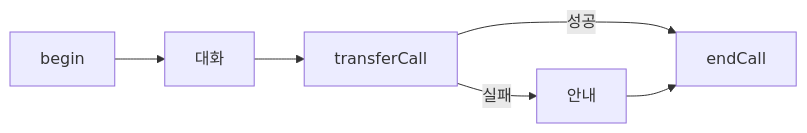
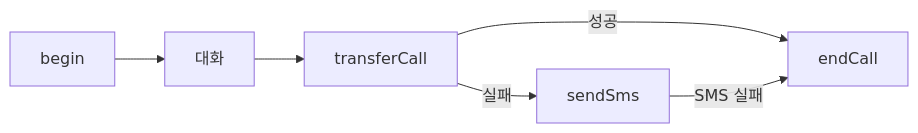
The fourth of 4 diagrams in skills/vox-flow/references/flow-guide.md (vox-public/vox-skills), drawn with Mermaid before and after one commit. The commit also changed other lines of this file and 4 other files, not shown here.

Commit message:
docs(vox-flow): harden handoff and fallback guidance

````diff
--- a/skills/vox-flow/references/flow-guide.md
+++ b/skills/vox-flow/references/flow-guide.md
@@ -246,6 +250,6 @@
 ```mermaid
 graph LR
   begin --> 대화 --> transferCall
   transferCall -->|성공| endCall
-  transferCall -->|실패| 안내 --> endCall
+  transferCall -->|실패| sendSms -->|SMS 실패| endCall
 ```
````
